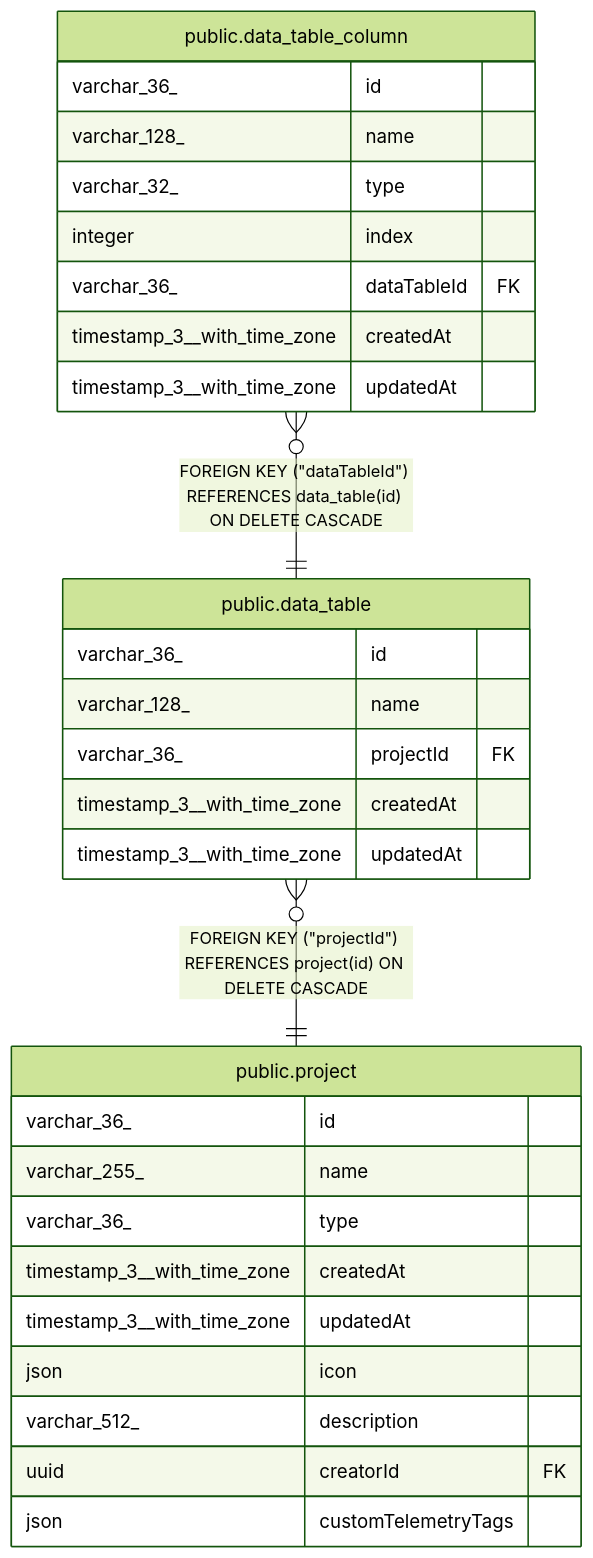
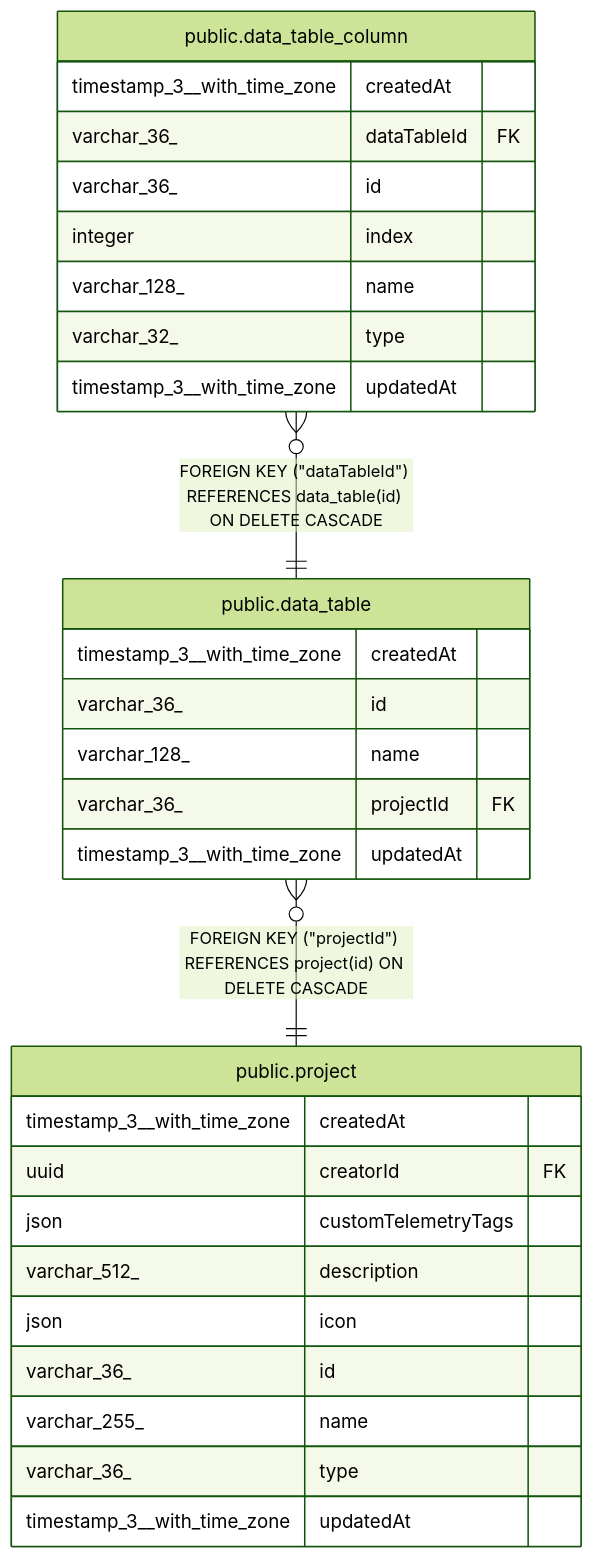
Before and after one commit to mayankjain1815-commits/n8n: the diagram in docs/generated/postgres-schema/public.data_table.md, drawn with Mermaid (forest theme). The commit also changed other lines of this file and 221 other files, not shown here.

Commit message:
chore(core): Make DB schema docs generation deterministic (#32373)

````diff
--- a/docs/generated/postgres-schema/public.data_table.md
+++ b/docs/generated/postgres-schema/public.data_table.md
@@ -35,34 +35,34 @@
 ```mermaid
 erDiagram
 
 "public.data_table_column" }o--|| "public.data_table" : "FOREIGN KEY (#quot;dataTableId#quot;) REFERENCES data_table(id) ON DELETE CASCADE"
 "public.data_table" }o--|| "public.project" : "FOREIGN KEY (#quot;projectId#quot;) REFERENCES project(id) ON DELETE CASCADE"
 
 "public.data_table" {
+  timestamp_3__with_time_zone createdAt
   varchar_36_ id
   varchar_128_ name
   varchar_36_ projectId FK
-  timestamp_3__with_time_zone createdAt
   timestamp_3__with_time_zone updatedAt
 }
 "public.data_table_column" {
+  timestamp_3__with_time_zone createdAt
+  varchar_36_ dataTableId FK
   varchar_36_ id
+  integer index
   varchar_128_ name
   varchar_32_ type
-  integer index
-  varchar_36_ dataTableId FK
-  timestamp_3__with_time_zone createdAt
   timestamp_3__with_time_zone updatedAt
 }
 "public.project" {
+  timestamp_3__with_time_zone createdAt
+  uuid creatorId FK
+  json customTelemetryTags
+  varchar_512_ description
+  json icon
   varchar_36_ id
   varchar_255_ name
   varchar_36_ type
-  timestamp_3__with_time_zone createdAt
   timestamp_3__with_time_zone updatedAt
-  json icon
-  varchar_512_ description
-  uuid creatorId FK
-  json customTelemetryTags
 }
 ```
````
